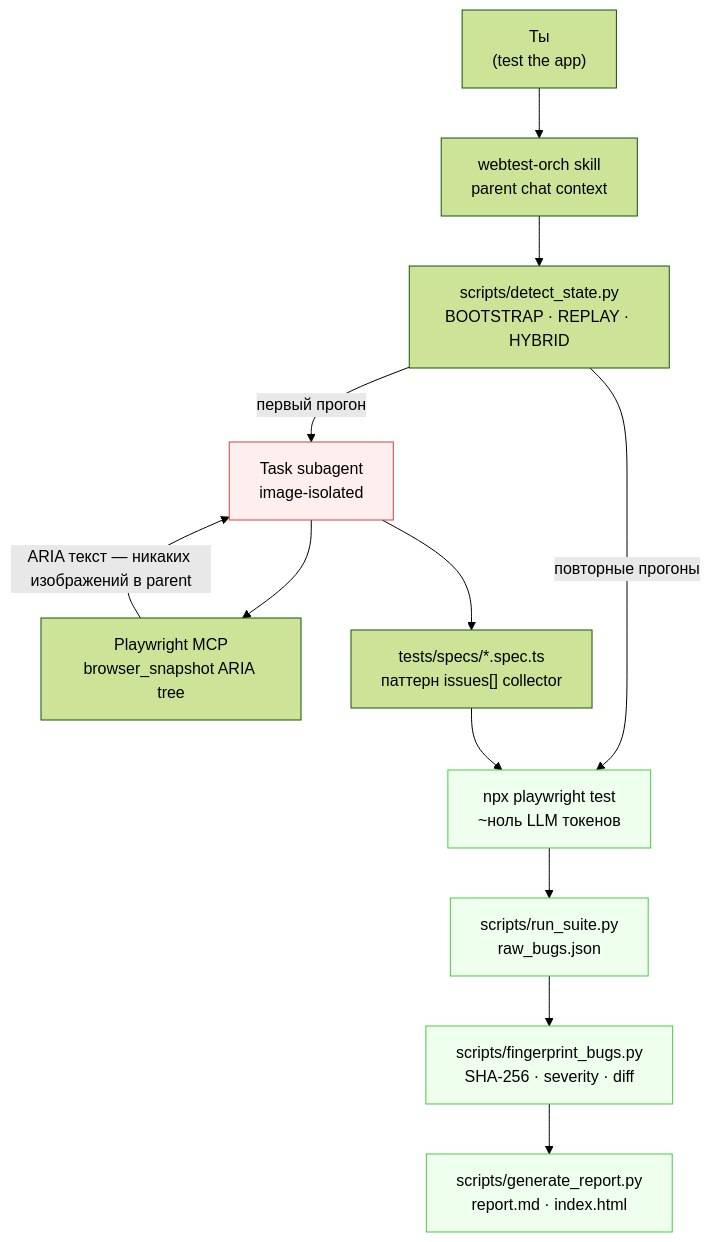
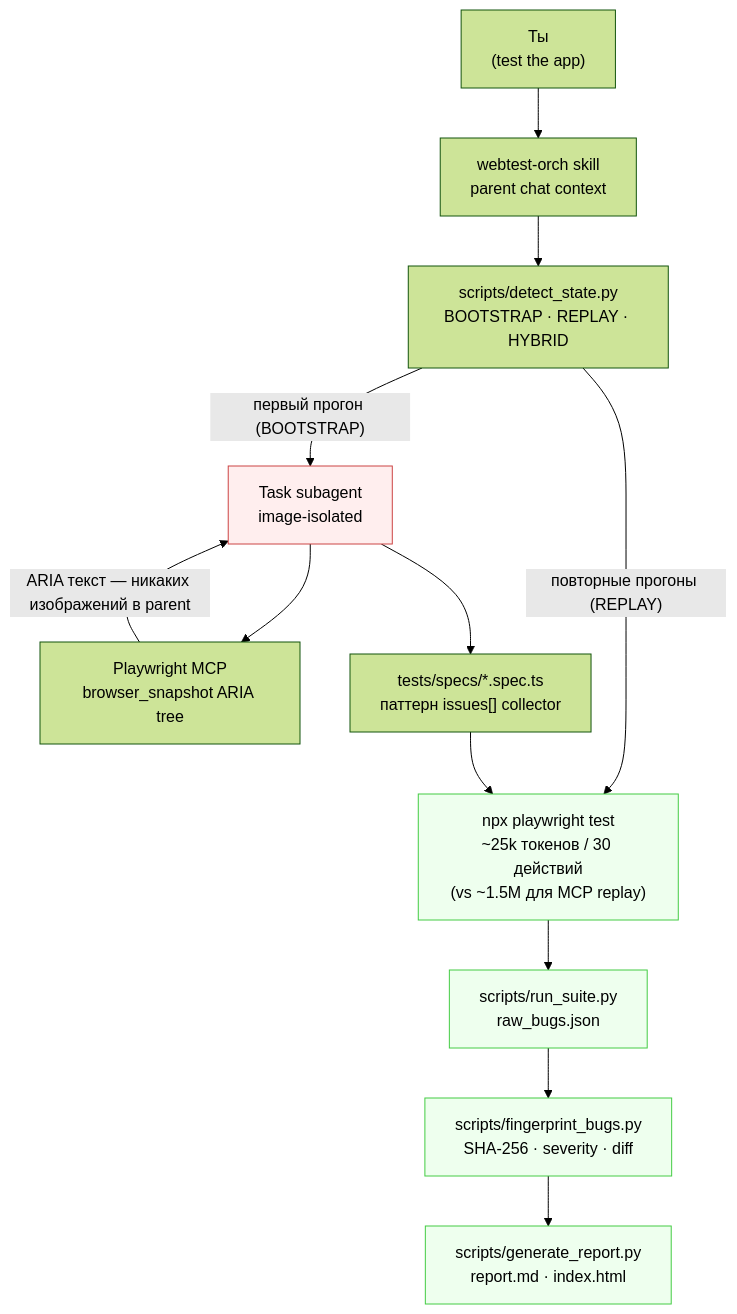
One commit to CreatmanCEO/webtest-orch changed the diagram in README.ru.md. Above: the diagram before and after it, drawn with Mermaid (forest theme). The commit also changed other lines of this file and 4 other files, not shown here.

````diff
--- a/README.ru.md
+++ b/README.ru.md
@@ -32,30 +43,30 @@
 ```mermaid
 graph TB
     User["Ты<br/>(test the app)"]
     Skill["webtest-orch skill<br/>parent chat context"]
     Probe["scripts/detect_state.py<br/>BOOTSTRAP · REPLAY · HYBRID"]
     Sub["Task subagent<br/>image-isolated"]
-    Tools["Playwright MCP<br/>browser_snapshot ARIA tree"]
+    MCP["Playwright MCP<br/>browser_snapshot ARIA tree"]
     Spec["tests/specs/*.spec.ts<br/>паттерн issues[] collector"]
-    Replay["npx playwright test<br/>~ноль LLM токенов"]
+    CLI["npx playwright test<br/>~25k токенов / 30 действий<br/>(vs ~1.5M для MCP replay)"]
     Norm["scripts/run_suite.py<br/>raw_bugs.json"]
     FP["scripts/fingerprint_bugs.py<br/>SHA-256 · severity · diff"]
     Report["scripts/generate_report.py<br/>report.md · index.html"]
 
     User --> Skill
     Skill --> Probe
-    Probe -->|"первый прогон"| Sub
-    Sub --> Tools
-    Tools -->|"ARIA текст — никаких изображений в parent"| Sub
+    Probe -->|"первый прогон (BOOTSTRAP)"| Sub
+    Sub --> MCP
+    MCP -->|"ARIA текст — никаких изображений в parent"| Sub
     Sub --> Spec
-    Probe -->|"повторные прогоны"| Replay
-    Spec --> Replay
-    Replay --> Norm
+    Probe -->|"повторные прогоны (REPLAY)"| CLI
+    Spec --> CLI
+    CLI --> Norm
     Norm --> FP
     FP --> Report
 
     classDef budget fill:#fee,stroke:#c44
     classDef cheap fill:#efe,stroke:#4c4
     class Sub budget
-    class Replay,Norm,FP,Report cheap
+    class CLI,Norm,FP,Report cheap
 ```
````
